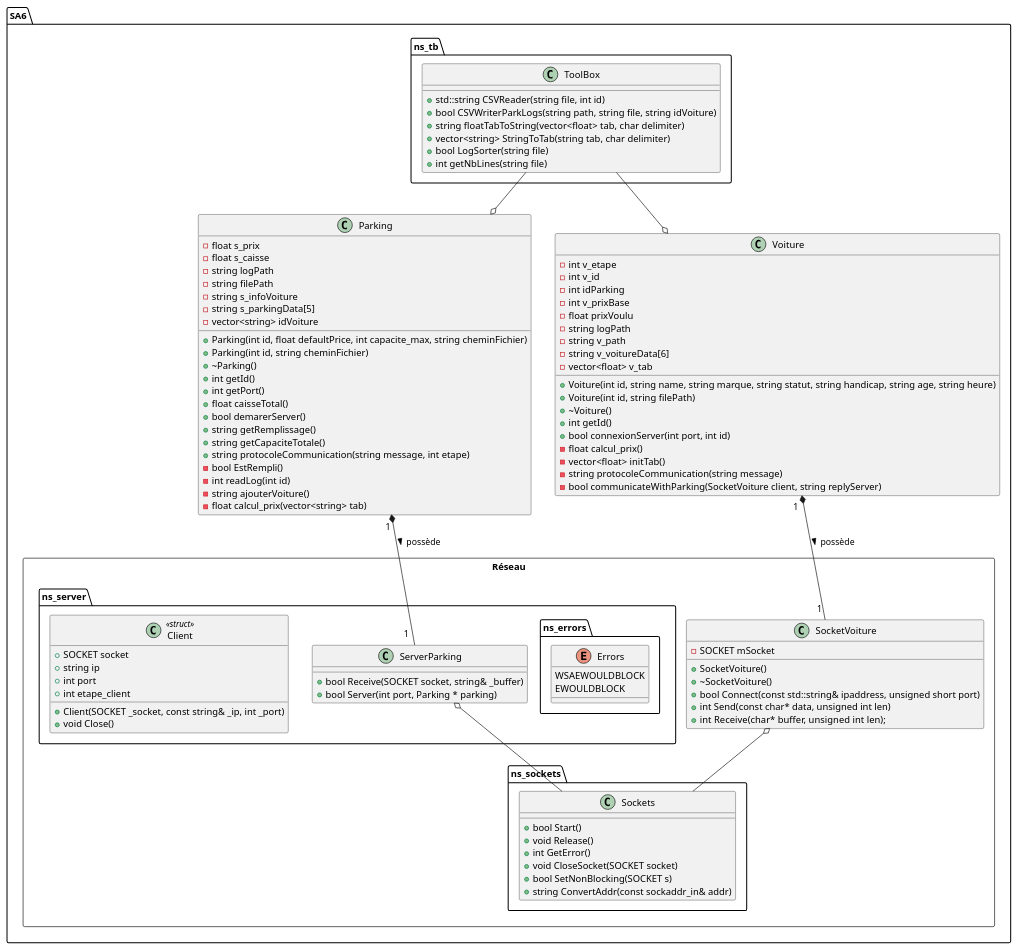
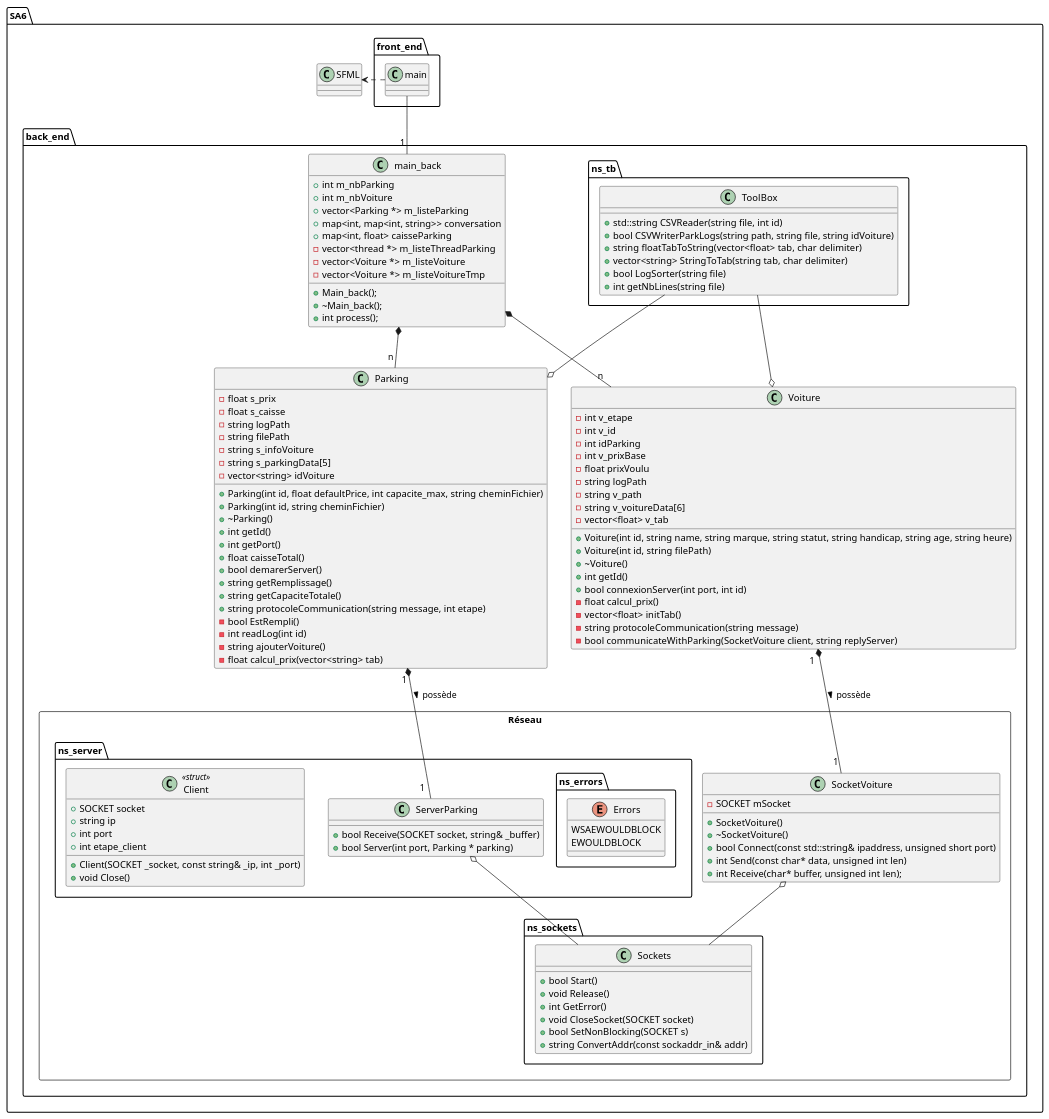
The diagram in SA6/doc/uml.plantuml (KevinFroissart/SA6_CarPark_AI), drawn with PlantUML before and after one commit. The commit also changed 1 other file, not shown here.

Commit message:
update uml

```diff
--- a/SA6/doc/uml.plantuml
+++ b/SA6/doc/uml.plantuml
@@ -1,124 +1,154 @@
 @startuml SA6_uml
 
 package SA6 {
 
-    package ns_tb {
-        class ToolBox {
-            + std::string CSVReader(string file, int id)
-            + bool CSVWriterParkLogs(string path, string file, string idVoiture)
-            + string floatTabToString(vector<float> tab, char delimiter)
-            + vector<string> StringToTab(string tab, char delimiter)
-            + bool LogSorter(string file)
-            + int getNbLines(string file)
-        }
-    }
-    
-    class Parking {
-        - float s_prix
-        - float s_caisse
-        - string logPath
-        - string filePath
-        - string s_infoVoiture
-        - string s_parkingData[5]
-        - vector<string> idVoiture
-
-        + Parking(int id, float defaultPrice, int capacite_max, string cheminFichier)
-        + Parking(int id, string cheminFichier)
-        + ~Parking()
-        + int getId()
-        + int getPort()
-        + float caisseTotal()
-        + bool demarerServer()
-        + string getRemplissage()
-        + string getCapaciteTotale()
-        + string protocoleCommunication(string message, int etape)
-        - bool EstRempli()
-        - int readLog(int id)
-        - string ajouterVoiture()
-        - float calcul_prix(vector<string> tab)
+    package front_end {
+        class main {}
     }
 
-    Class Voiture {
-        - int v_etape
-        - int v_id
-        - int idParking
-        - int v_prixBase
-        - float prixVoulu
-        - string logPath
-        - string v_path
-        - string v_voitureData[6]
-        - vector<float> v_tab
+    class SFML {}
 
-        + Voiture(int id, string name, string marque, string statut, string handicap, string age, string heure)
-        + Voiture(int id, string filePath)
-        + ~Voiture()
-        + int getId()
-        + bool connexionServer(int port, int id)
-        - float calcul_prix()
-        - vector<float> initTab()
-        - string protocoleCommunication(string message)
-        - bool communicateWithParking(SocketVoiture client, string replyServer)
-    }
+    package back_end {
 
-    package Réseau <<Rectangle>> {
+        class main_back {
+            + int m_nbParking
+            + int m_nbVoiture
+            + vector<Parking *> m_listeParking
+            + map<int, map<int, string>> conversation
+            + map<int, float> caisseParking
+            - vector<thread *> m_listeThreadParking
+            - vector<Voiture *> m_listeVoiture
+            - vector<Voiture *> m_listeVoitureTmp
 
-        package ns_server {
-            Class ServerParking {
-                + bool Receive(SOCKET socket, string& _buffer)
-                + bool Server(int port, Parking * parking)
+            + Main_back();
+            + ~Main_back();
+            + int process();
+        }
+
+        package ns_tb {
+            class ToolBox {
+                + std::string CSVReader(string file, int id)
+                + bool CSVWriterParkLogs(string path, string file, string idVoiture)
+                + string floatTabToString(vector<float> tab, char delimiter)
+                + vector<string> StringToTab(string tab, char delimiter)
+                + bool LogSorter(string file)
+                + int getNbLines(string file)
             }
+        }
+        
+        class Parking {
+            - float s_prix
+            - float s_caisse
+            - string logPath
+            - string filePath
+            - string s_infoVoiture
+            - string s_parkingData[5]
+            - vector<string> idVoiture
 
-            package ns_errors {
-                enum Errors {
-                    WSAEWOULDBLOCK
-                    EWOULDBLOCK
+            + Parking(int id, float defaultPrice, int capacite_max, string cheminFichier)
+            + Parking(int id, string cheminFichier)
+            + ~Parking()
+            + int getId()
+            + int getPort()
+            + float caisseTotal()
+            + bool demarerServer()
+            + string getRemplissage()
+            + string getCapaciteTotale()
+            + string protocoleCommunication(string message, int etape)
+            - bool EstRempli()
+            - int readLog(int id)
+            - string ajouterVoiture()
+            - float calcul_prix(vector<string> tab)
+        }
+
+        Class Voiture {
+            - int v_etape
+            - int v_id
+            - int idParking
+            - int v_prixBase
+            - float prixVoulu
+            - string logPath
+            - string v_path
+            - string v_voitureData[6]
+            - vector<float> v_tab
+
+            + Voiture(int id, string name, string marque, string statut, string handicap, string age, string heure)
+            + Voiture(int id, string filePath)
+            + ~Voiture()
+            + int getId()
+            + bool connexionServer(int port, int id)
+            - float calcul_prix()
+            - vector<float> initTab()
+            - string protocoleCommunication(string message)
+            - bool communicateWithParking(SocketVoiture client, string replyServer)
+        }
+
+        package Réseau <<Rectangle>> {
+
+            package ns_server {
+                Class ServerParking {
+                    + bool Receive(SOCKET socket, string& _buffer)
+                    + bool Server(int port, Parking * parking)
+                }
+
+                package ns_errors {
+                    enum Errors {
+                        WSAEWOULDBLOCK
+                        EWOULDBLOCK
+                    }
+                }
+
+                Class Client << struct >> {
+                    + SOCKET socket
+                    + string ip
+                    + int port
+                    + int etape_client
+
+                    + Client(SOCKET _socket, const string& _ip, int _port)
+                    + void Close()
                 }
             }
 
-            Class Client << struct >> {
-                + SOCKET socket
-	            + string ip
-	            + int port
-	            + int etape_client
+            Class SocketVoiture {
+                - SOCKET mSocket
 
-	            + Client(SOCKET _socket, const string& _ip, int _port)
-                + void Close()
+                + SocketVoiture()
+                + ~SocketVoiture()
+                + bool Connect(const std::string& ipaddress, unsigned short port)
+                + int Send(const char* data, unsigned int len)
+                + int Receive(char* buffer, unsigned int len);	
             }
-        }
 
-        Class SocketVoiture {
-            - SOCKET mSocket
+            package ns_sockets{
 
-            + SocketVoiture()
-            + ~SocketVoiture()
-            + bool Connect(const std::string& ipaddress, unsigned short port)
-            + int Send(const char* data, unsigned int len)
-            + int Receive(char* buffer, unsigned int len);	
-        }
+                Class Sockets {
 
-        package ns_sockets{
-
-            Class Sockets {
-
-                + bool Start()
-                + void Release()
-                + int GetError()
-                + void CloseSocket(SOCKET socket)
-                + bool SetNonBlocking(SOCKET s)
-                + string ConvertAddr(const sockaddr_in& addr)    
+                    + bool Start()
+                    + void Release()
+                    + int GetError()
+                    + void CloseSocket(SOCKET socket)
+                    + bool SetNonBlocking(SOCKET s)
+                    + string ConvertAddr(const sockaddr_in& addr)    
+                }
             }
         }
     }
 }
+
+main .right.> SFML
+main -down-  "1 " main_back
+
+main_back *-- "n" Voiture
+main_back *-- "n " Parking
 
 ToolBox --o Voiture
 ToolBox --o Parking
 
 Parking "1 " *-- "1  " ServerParking : > possède
 Voiture "1  " *-- "1 " SocketVoiture : possède >
 
 SocketVoiture o-- Sockets
 ServerParking o-- Sockets
 
 
 @enduml
```
